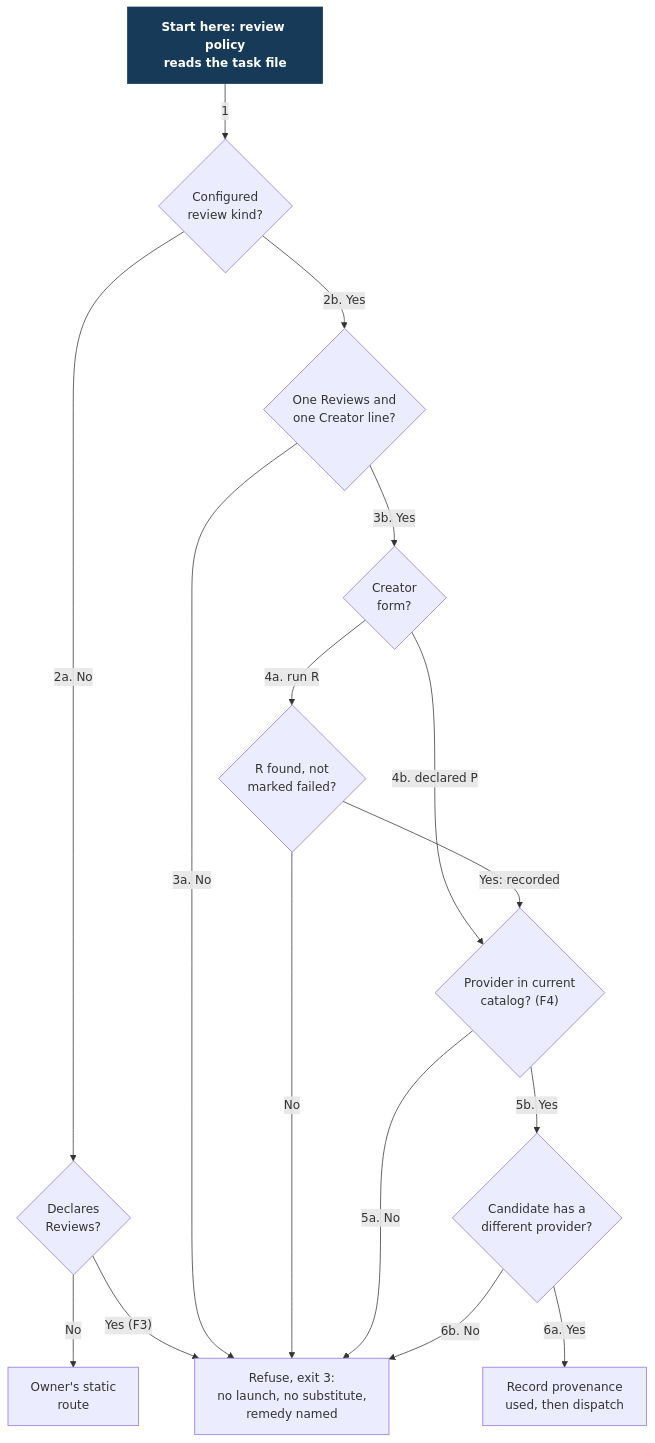
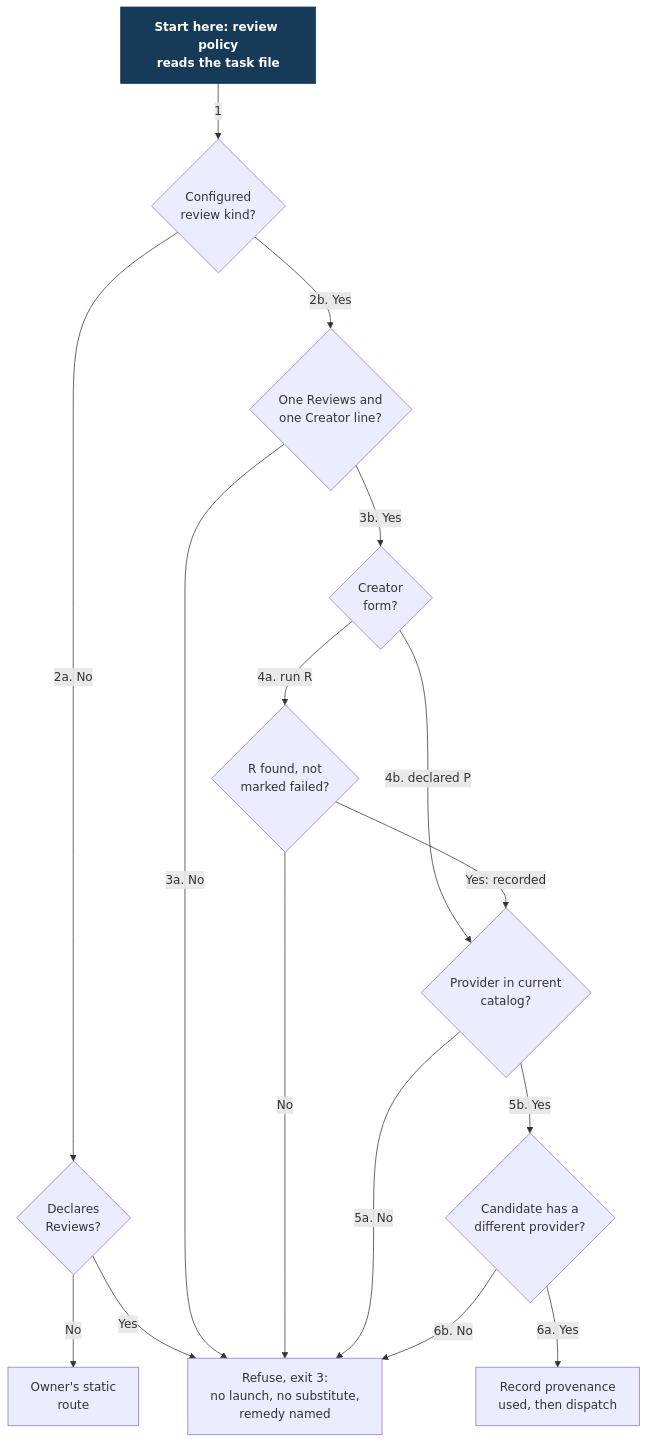
The diagram in docs/design/harness-selection-and-execution/creator.mmd (Linkuistics/grove), drawn with Mermaid before and after one commit. The commit also changed 17 other files, not shown here.

```diff
--- a/docs/design/harness-selection-and-execution/creator.mmd
+++ b/docs/design/harness-selection-and-execution/creator.mmd
@@ -1,28 +1,28 @@
 flowchart TB
   Start["Start here: review policy\nreads the task file"]:::start
   Kind{"Configured\nreview kind?"}
   Decl{"Declares\nReviews?"}
   Plain["Owner's static\nroute"]
   Line{"One Reviews and\none Creator line?"}
   Form{"Creator\nform?"}
   Run{"R found, not\nmarked failed?"}
-  Member{"Provider in current\ncatalog? (F4)"}
+  Member{"Provider in current\ncatalog?"}
   Choice{"Candidate has a\ndifferent provider?"}
   Dispatch["Record provenance\nused, then dispatch"]
   Refuse["Refuse, exit 3:\nno launch, no substitute,\nremedy named"]
   Start -->|"1"| Kind
   Kind -->|"2a. No"| Decl
   Decl -->|"No"| Plain
-  Decl -->|"Yes (F3)"| Refuse
+  Decl -->|"Yes"| Refuse
   Kind -->|"2b. Yes"| Line
   Line -->|"3a. No"| Refuse
   Line -->|"3b. Yes"| Form
   Form -->|"4a. run R"| Run
   Form -->|"4b. declared P"| Member
   Run -->|"No"| Refuse
   Run -->|"Yes: recorded"| Member
   Member -->|"5a. No"| Refuse
   Member -->|"5b. Yes"| Choice
   Choice -->|"6a. Yes"| Dispatch
   Choice -->|"6b. No"| Refuse
   classDef start fill:#163a57,color:#fff,stroke:#163a57,font-weight:bold
```
